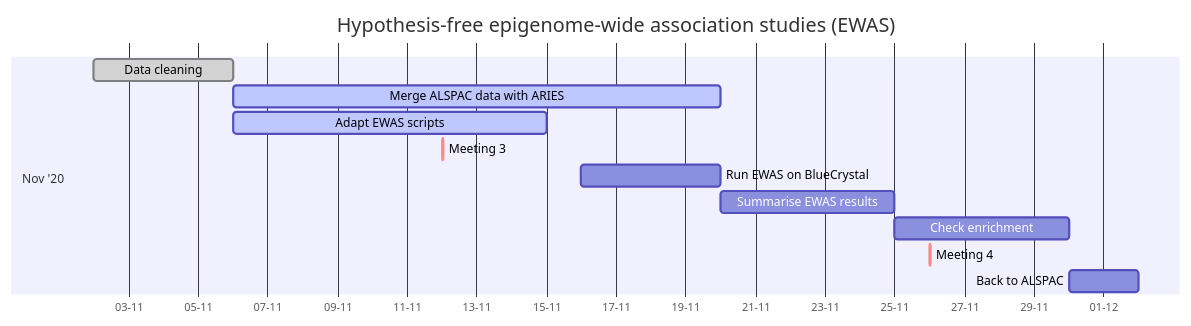
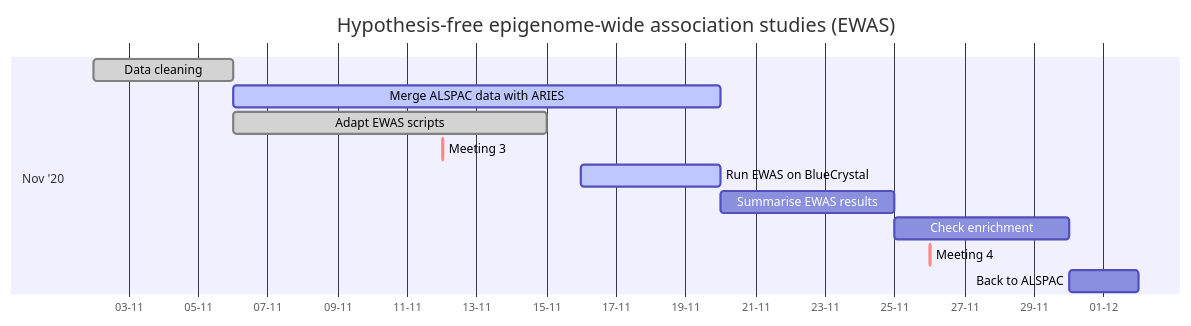
One commit to flozoemartin/MP1 changed the second of 5 diagrams in Planning/MP1 Gantt.md. Above: the diagram before and after it, drawn with Mermaid.

Commit message:
Update MP1 Gantt.md

````diff
--- a/Planning/MP1 Gantt.md
+++ b/Planning/MP1 Gantt.md
@@ -19,17 +19,17 @@
 ```mermaid
 gantt
     dateFormat  YYYY-MM-DD
     title       Hypothesis-free epigenome-wide association studies (EWAS)
     axisFormat  %d-%m
     
     section Nov '20
     Data cleaning                             :done, 2020-11-02, 2020-11-06
     Merge ALSPAC data with ARIES              :active, 2020-11-06, 14d
-    Adapt EWAS scripts                        :active, 2020-11-06, 9d
+    Adapt EWAS scripts                        :done, 2020-11-06, 9d
     Meeting 3                                 :crit, 2020-11-12, 1h
-    Run EWAS on BlueCrystal                   :des5, 2020-11-16, 2020-11-20
+    Run EWAS on BlueCrystal                   :active, des5, 2020-11-16, 2020-11-20
     Summarise EWAS results                    :des6, after des5, 5d
     Check enrichment                          :des7, after des6, 5d
     Meeting 4                                 :crit, 2020-11-26, 1h
     Back to ALSPAC                            :des8, after des7, 2d
 ```
````
